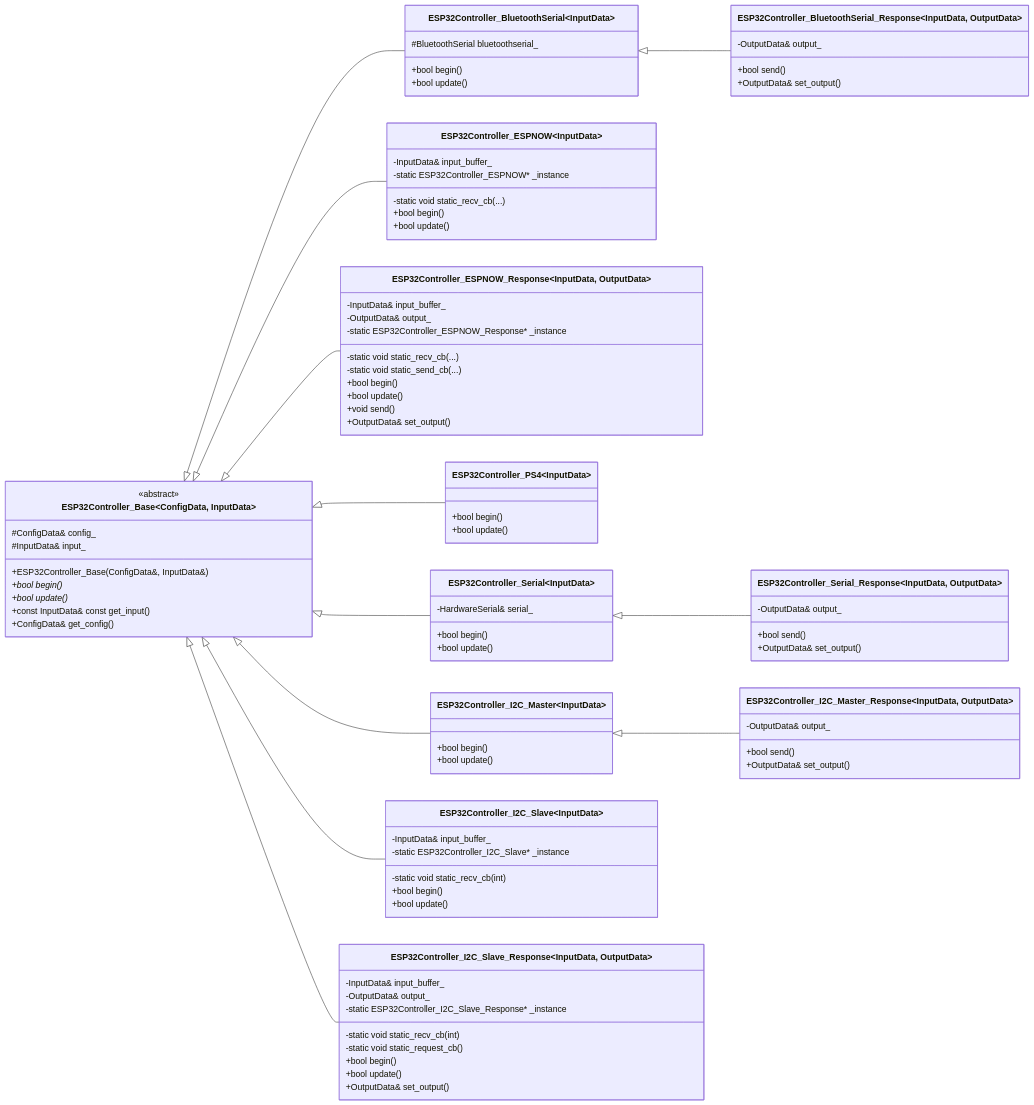
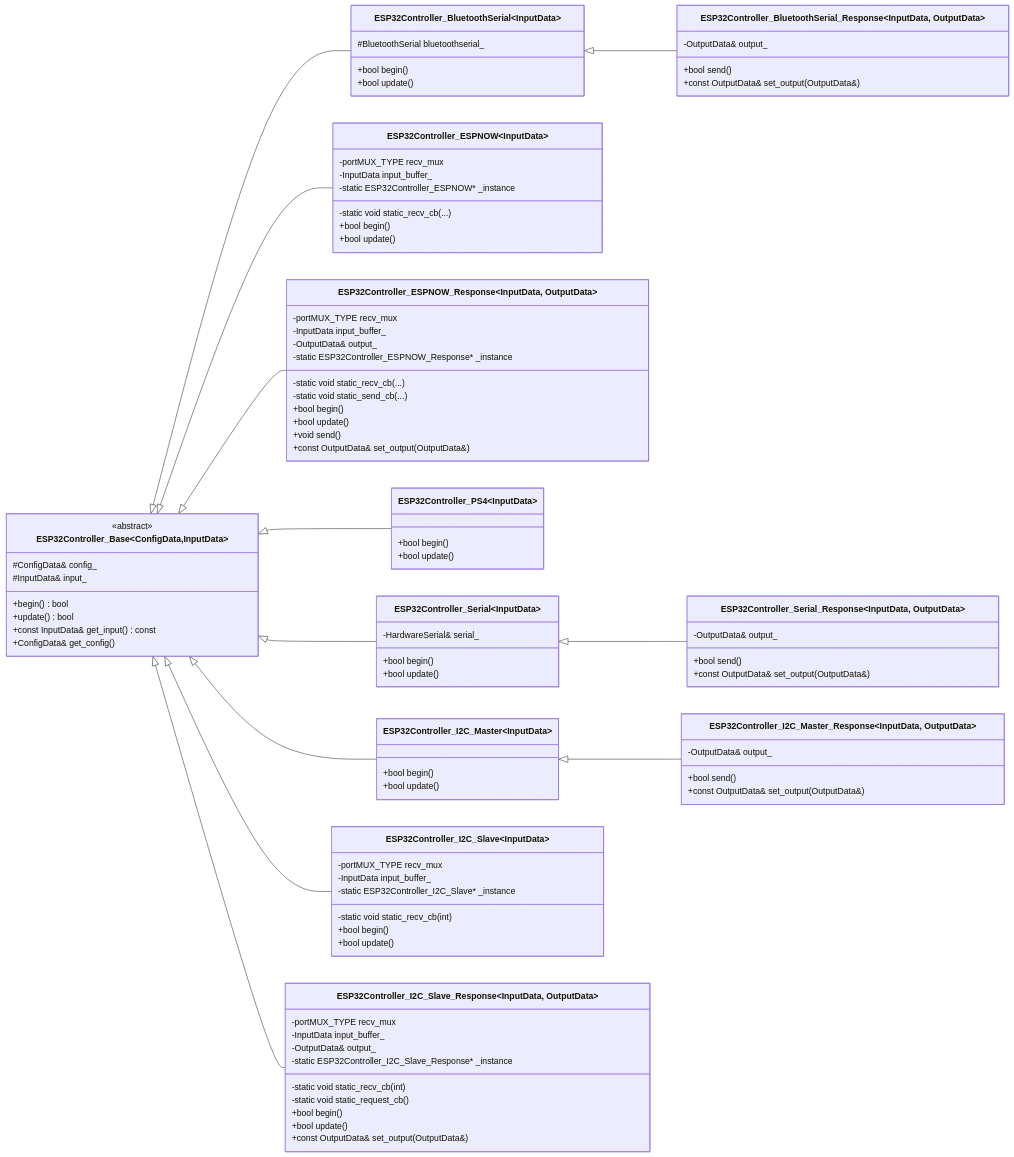
One commit to Tomoooji/esp32-controller changed the second of 2 diagrams in README.md. Above: the diagram before and after it, drawn with Mermaid. The commit also changed other lines of this file, not shown here.

Commit message:
docs: fix README mermaid class diagrams

````diff
--- a/README.md
+++ b/README.md
@@ -196,14 +196,13 @@
 ```mermaid
 classDiagram
 direction LR
-    class ESP32Controller_Base~ConfigData, InputData~ {
+    class ESP32Controller_Base~ConfigData,InputData~ {
         <<abstract>>
         #ConfigData& config_
         #InputData& input_
-        +ESP32Controller_Base(ConfigData&, InputData&)
-        +bool begin()*
-        +bool update()*
-        +const InputData& const get_input()
+        +begin() bool
+        +update() bool
+        +const InputData& get_input() const
         +ConfigData& get_config()
     }
 
@@ -216,11 +215,12 @@
     class ESP32Controller_BluetoothSerial_Response~InputData, OutputData~ {
         -OutputData& output_
         +bool send()
-        +OutputData& set_output()
+        +const OutputData& set_output(OutputData&)
     }
 
     class ESP32Controller_ESPNOW~InputData~ {
-        -InputData& input_buffer_
+        -portMUX_TYPE recv_mux
+        -InputData input_buffer_
         -static ESP32Controller_ESPNOW* _instance
         -static void static_recv_cb(...)
         +bool begin()
@@ -228,7 +228,8 @@
     }
 
     class ESP32Controller_ESPNOW_Response~InputData, OutputData~ {
-        -InputData& input_buffer_
+        -portMUX_TYPE recv_mux
+        -InputData input_buffer_
         -OutputData& output_
         -static ESP32Controller_ESPNOW_Response* _instance
         -static void static_recv_cb(...)
@@ -236,7 +237,7 @@
         +bool begin()
         +bool update()
         +void send()
-        +OutputData& set_output()
+        +const OutputData& set_output(OutputData&)
     }
 
     class ESP32Controller_PS4~InputData~ {
@@ -253,7 +254,7 @@
     class ESP32Controller_Serial_Response~InputData, OutputData~ {
         -OutputData& output_
         +bool send()
-        +OutputData& set_output()
+        +const OutputData& set_output(OutputData&)
     }
 
     class ESP32Controller_I2C_Master~InputData~ {
@@ -264,11 +265,12 @@
     class ESP32Controller_I2C_Master_Response~InputData, OutputData~ {
         -OutputData& output_
         +bool send()
-        +OutputData& set_output()
+        +const OutputData& set_output(OutputData&)
     }
 
     class ESP32Controller_I2C_Slave~InputData~ {
-        -InputData& input_buffer_
+        -portMUX_TYPE recv_mux
+        -InputData input_buffer_
         -static ESP32Controller_I2C_Slave* _instance
         -static void static_recv_cb(int)
         +bool begin()
@@ -276,14 +278,15 @@
     }
 
     class ESP32Controller_I2C_Slave_Response~InputData, OutputData~ {
-        -InputData& input_buffer_
+        -portMUX_TYPE recv_mux
+        -InputData input_buffer_
         -OutputData& output_
         -static ESP32Controller_I2C_Slave_Response* _instance
         -static void static_recv_cb(int)
         -static void static_request_cb()
         +bool begin()
         +bool update()
-        +OutputData& set_output()
+        +const OutputData& set_output(OutputData&)
     }
 
     ESP32Controller_Base <|-- ESP32Controller_BluetoothSerial
````
